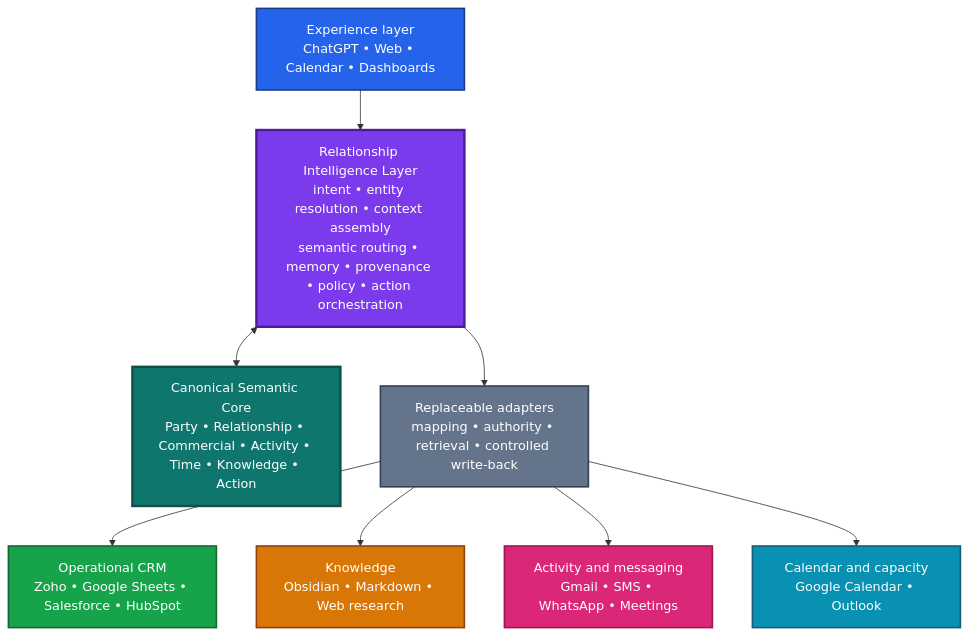
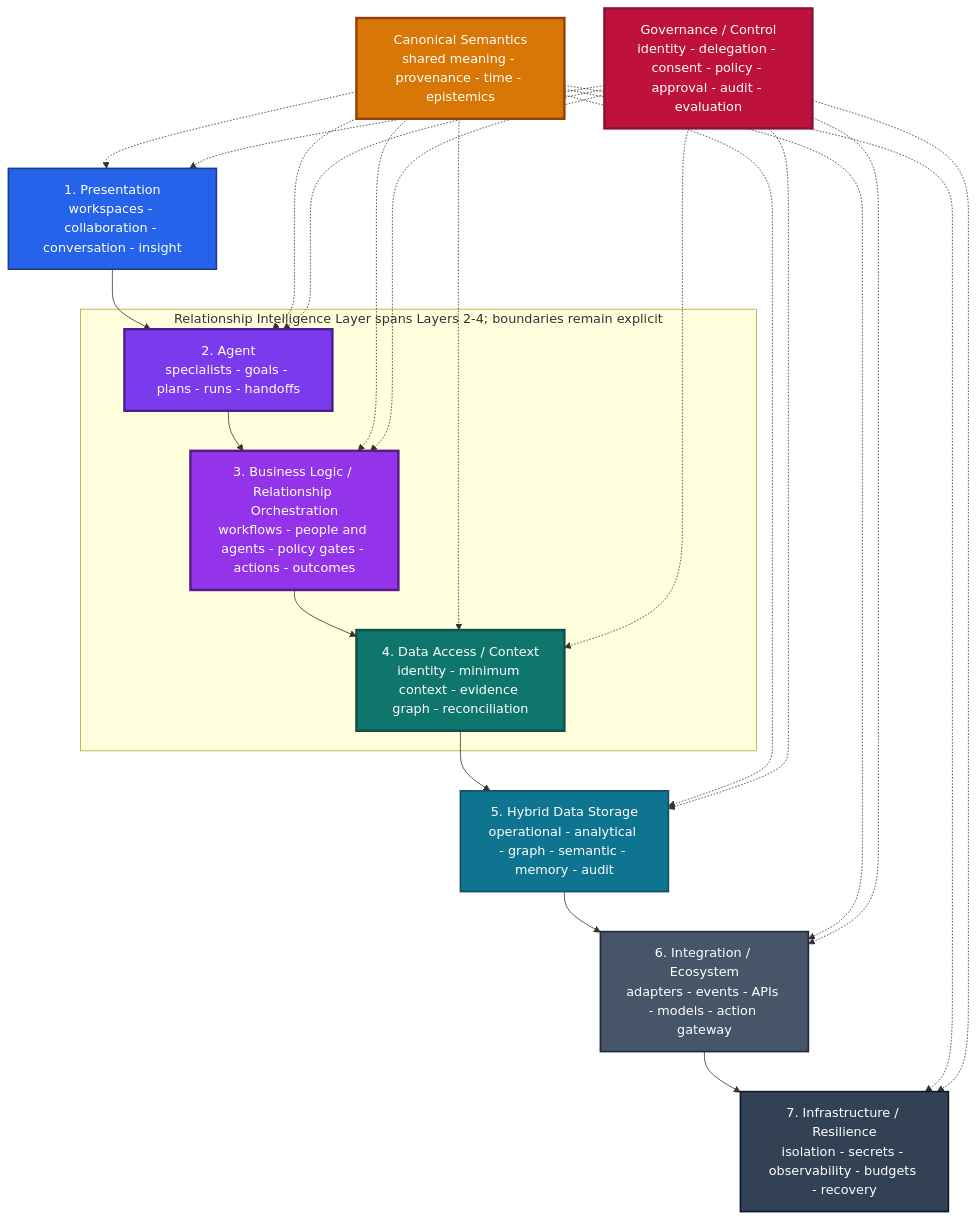
One commit to Ironstone-Advisory/neocrm changed the diagram in spec/architecture/diagrams/layered-architecture.mmd. Above: the diagram before and after it, drawn with Mermaid. The commit also changed 224 other files, not shown here.

Commit message:
feat: restore agent-native NeoCRM and add EXP-001 pilot

```diff
--- a/spec/architecture/diagrams/layered-architecture.mmd
+++ b/spec/architecture/diagrams/layered-architecture.mmd
@@ -1,26 +1,42 @@
 flowchart TB
-    X["Experience layer<br/>ChatGPT • Web • Calendar • Dashboards"]:::experience
-    R["Relationship Intelligence Layer<br/>intent • entity resolution • context assembly<br/>semantic routing • memory • provenance • policy • action orchestration"]:::intelligence
-    S["Canonical Semantic Core<br/>Party • Relationship • Commercial • Activity • Time • Knowledge • Action"]:::semantic
-    A["Replaceable adapters<br/>mapping • authority • retrieval • controlled write-back"]:::adapter
-    C["Operational CRM<br/>Zoho • Google Sheets • Salesforce • HubSpot"]:::operational
-    K["Knowledge<br/>Obsidian • Markdown • Web research"]:::knowledge
-    M["Activity and messaging<br/>Gmail • SMS • WhatsApp • Meetings"]:::activity
-    T["Calendar and capacity<br/>Google Calendar • Outlook"]:::time
+    L1["1. Presentation<br/>workspaces - collaboration - conversation - insight"]:::presentation
+    L2["2. Agent<br/>specialists - goals - plans - runs - handoffs"]:::agent
+    L3["3. Business Logic / Relationship Orchestration<br/>workflows - people and agents - policy gates - actions - outcomes"]:::orchestration
+    L4["4. Data Access / Context<br/>identity - minimum context - evidence graph - reconciliation"]:::context
+    L5["5. Hybrid Data Storage<br/>operational - analytical - graph - semantic - memory - audit"]:::storage
+    L6["6. Integration / Ecosystem<br/>adapters - events - APIs - models - action gateway"]:::integration
+    L7["7. Infrastructure / Resilience<br/>isolation - secrets - observability - budgets - recovery"]:::infrastructure
+    CS["Canonical Semantics<br/>shared meaning - provenance - time - epistemics"]:::semantic
+    GC["Governance / Control<br/>identity - delegation - consent - policy - approval - audit - evaluation"]:::governance
 
-    X --> R
-    R <--> S
-    R --> A
-    A --> C
-    A --> K
-    A --> M
-    A --> T
+    L1 --> L2 --> L3 --> L4 --> L5 --> L6 --> L7
+    CS -.-> L1
+    CS -.-> L2
+    CS -.-> L3
+    CS -.-> L4
+    CS -.-> L5
+    CS -.-> L6
+    CS -.-> L7
+    GC -.-> L1
+    GC -.-> L2
+    GC -.-> L3
+    GC -.-> L4
+    GC -.-> L5
+    GC -.-> L6
+    GC -.-> L7
 
-    classDef experience fill:#2563eb,stroke:#1e3a8a,color:#ffffff,stroke-width:2px;
-    classDef intelligence fill:#7c3aed,stroke:#4c1d95,color:#ffffff,stroke-width:3px;
-    classDef semantic fill:#0f766e,stroke:#134e4a,color:#ffffff,stroke-width:3px;
-    classDef adapter fill:#64748b,stroke:#334155,color:#ffffff,stroke-width:2px;
-    classDef operational fill:#16a34a,stroke:#166534,color:#ffffff,stroke-width:2px;
-    classDef knowledge fill:#d97706,stroke:#92400e,color:#ffffff,stroke-width:2px;
-    classDef activity fill:#db2777,stroke:#9d174d,color:#ffffff,stroke-width:2px;
-    classDef time fill:#0891b2,stroke:#155e75,color:#ffffff,stroke-width:2px;
+    subgraph RIL["Relationship Intelligence Layer spans Layers 2-4; boundaries remain explicit"]
+      L2
+      L3
+      L4
+    end
+
+    classDef presentation fill:#2563eb,stroke:#1e3a8a,color:#fff,stroke-width:2px;
+    classDef agent fill:#7c3aed,stroke:#4c1d95,color:#fff,stroke-width:3px;
+    classDef orchestration fill:#9333ea,stroke:#581c87,color:#fff,stroke-width:3px;
+    classDef context fill:#0f766e,stroke:#134e4a,color:#fff,stroke-width:3px;
+    classDef storage fill:#0e7490,stroke:#164e63,color:#fff,stroke-width:2px;
+    classDef integration fill:#475569,stroke:#1e293b,color:#fff,stroke-width:2px;
+    classDef infrastructure fill:#334155,stroke:#0f172a,color:#fff,stroke-width:2px;
+    classDef semantic fill:#d97706,stroke:#92400e,color:#fff,stroke-width:3px;
+    classDef governance fill:#be123c,stroke:#881337,color:#fff,stroke-width:3px;
```
